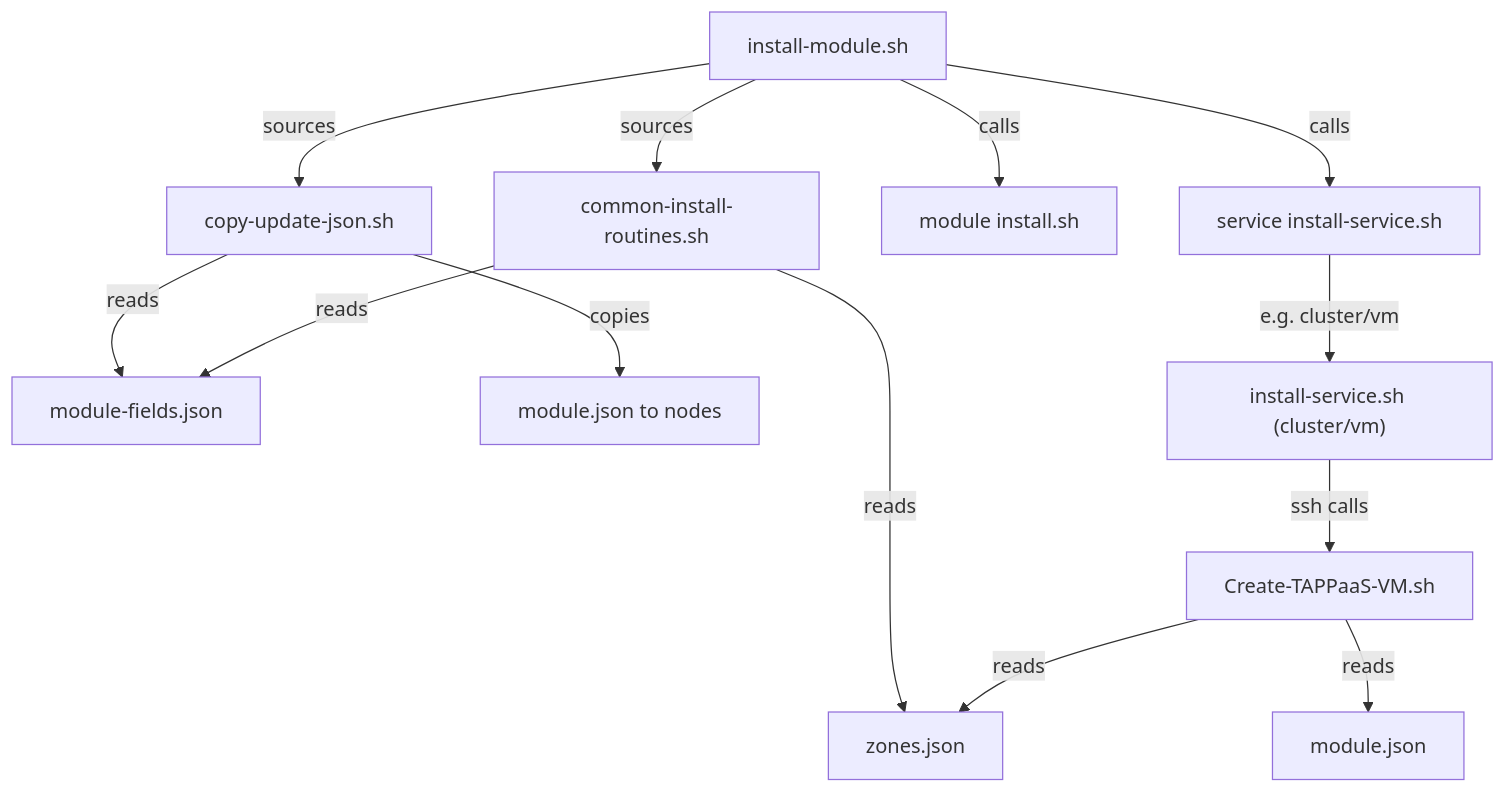
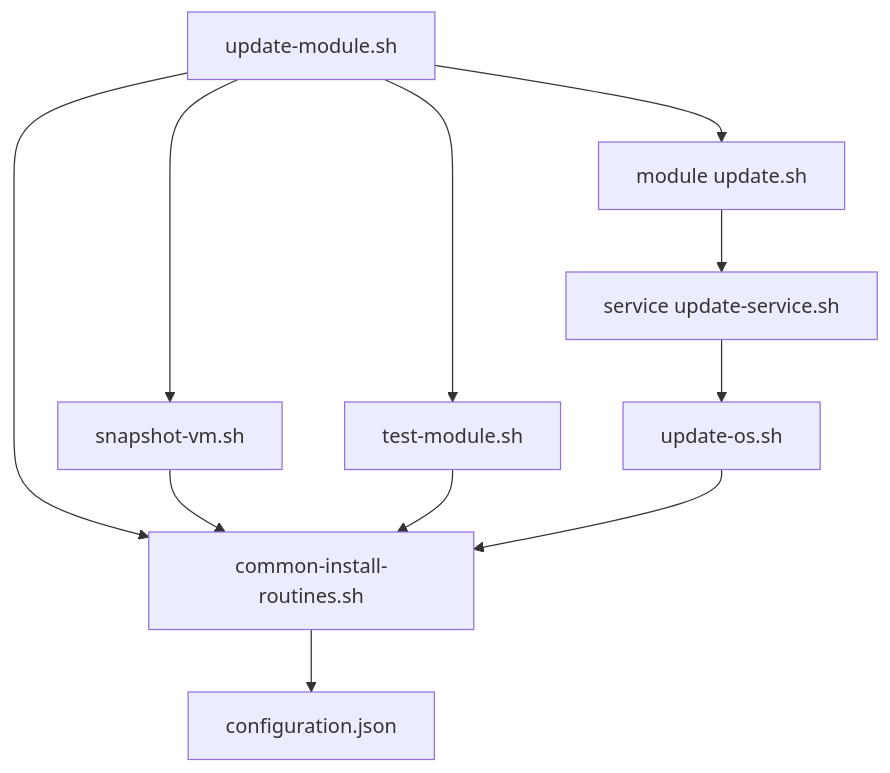
The second of 9 diagrams in src/foundation/DEPENDENCIES.md (TAPPaaS/TAPPaaS), drawn with Mermaid before and after one commit. The commit also changed other lines of this file and 44 other files, not shown here.

Commit message:
close #106 close #108 : updated configuration.json and node name handling

````diff
--- a/src/foundation/DEPENDENCIES.md
+++ b/src/foundation/DEPENDENCIES.md
@@ -144,19 +160,13 @@
 ```mermaid
 graph TD
-    A[install-module.sh] -->|sources| B[copy-update-json.sh]
-    A -->|sources| C[common-install-routines.sh]
-    A -->|calls| D["module install.sh"]
-    A -->|calls| E["service install-service.sh"]
-
-    B -->|reads| F[module-fields.json]
-    B -->|copies| G["module.json to nodes"]
-
-    C -->|reads| F
-    C -->|reads| H[zones.json]
-
-    E -->|e.g. cluster/vm| I["install-service.sh (cluster/vm)"]
-    I -->|ssh calls| J[Create-TAPPaaS-VM.sh]
-
-    J -->|reads| K["module.json"]
-    J -->|reads| H
+    A["update-module.sh"] --> B["common-install-routines.sh"]
+    A --> C["snapshot-vm.sh"]
+    A --> D["test-module.sh"]
+    A --> E["module update.sh"]
+    C --> B
+    D --> B
+    E --> F["service update-service.sh"]
+    F --> G["update-os.sh"]
+    G --> B
+    B --> H["configuration.json"]
 ```
````
